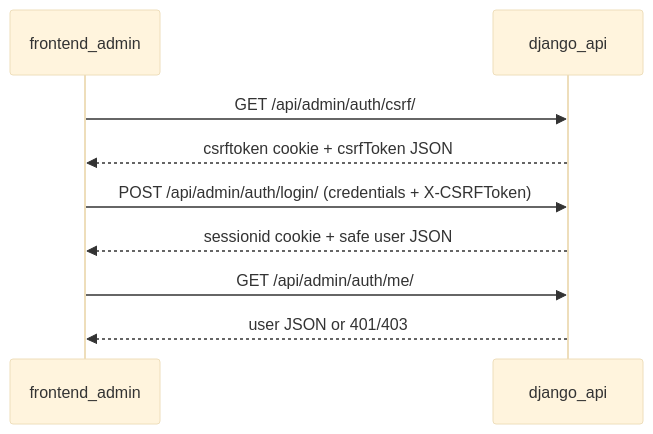
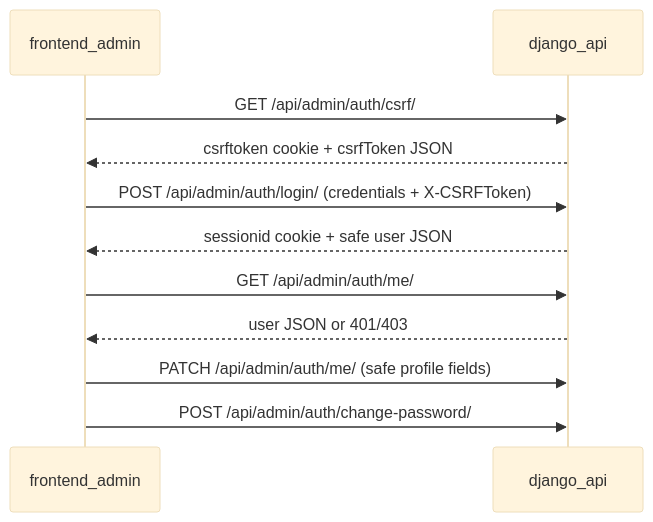
Before and after one commit to ashikur-rahman-fh/multi-app-starter: the first of 2 diagrams in docs/architecture.md, drawn with Mermaid (base theme). The commit also changed other lines of this file and 48 other files, not shown here.

````diff
--- a/docs/architecture.md
+++ b/docs/architecture.md
@@ -77,11 +77,13 @@
 ```mermaid
 sequenceDiagram
   participant AdminUI as frontend_admin
   participant API as django_api
   AdminUI->>API: GET /api/admin/auth/csrf/
   API-->>AdminUI: csrftoken cookie + csrfToken JSON
   AdminUI->>API: POST /api/admin/auth/login/ (credentials + X-CSRFToken)
   API-->>AdminUI: sessionid cookie + safe user JSON
   AdminUI->>API: GET /api/admin/auth/me/
   API-->>AdminUI: user JSON or 401/403
+  AdminUI->>API: PATCH /api/admin/auth/me/ (safe profile fields)
+  AdminUI->>API: POST /api/admin/auth/change-password/
 ```
````
